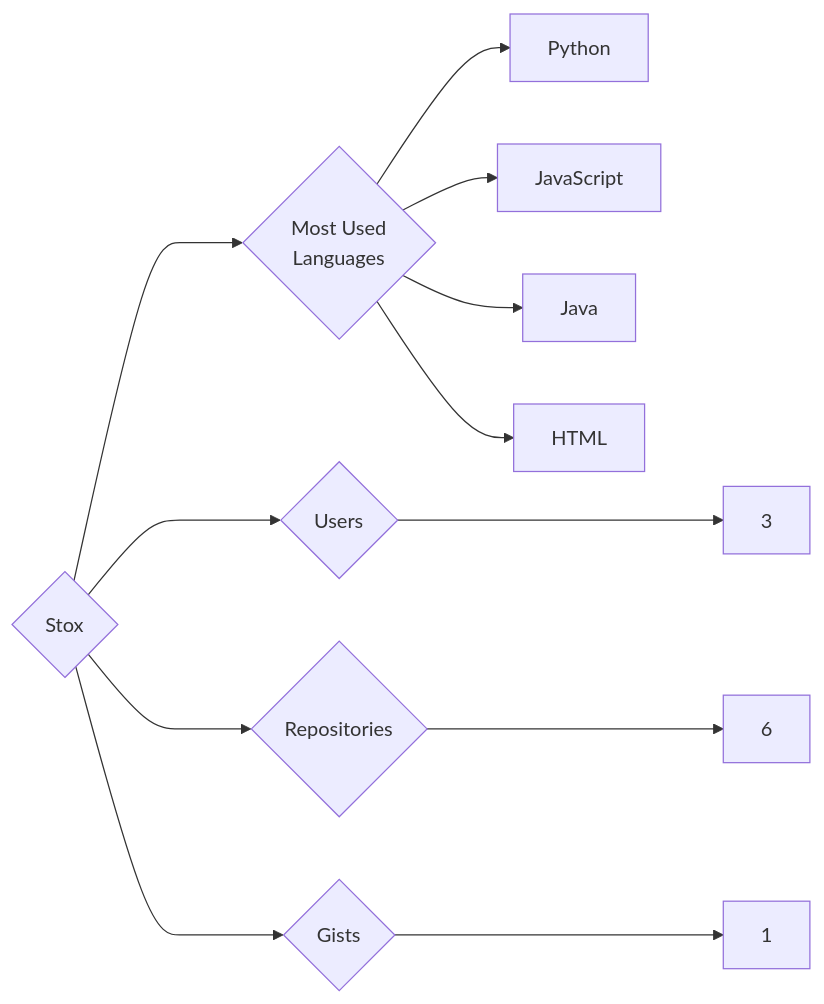
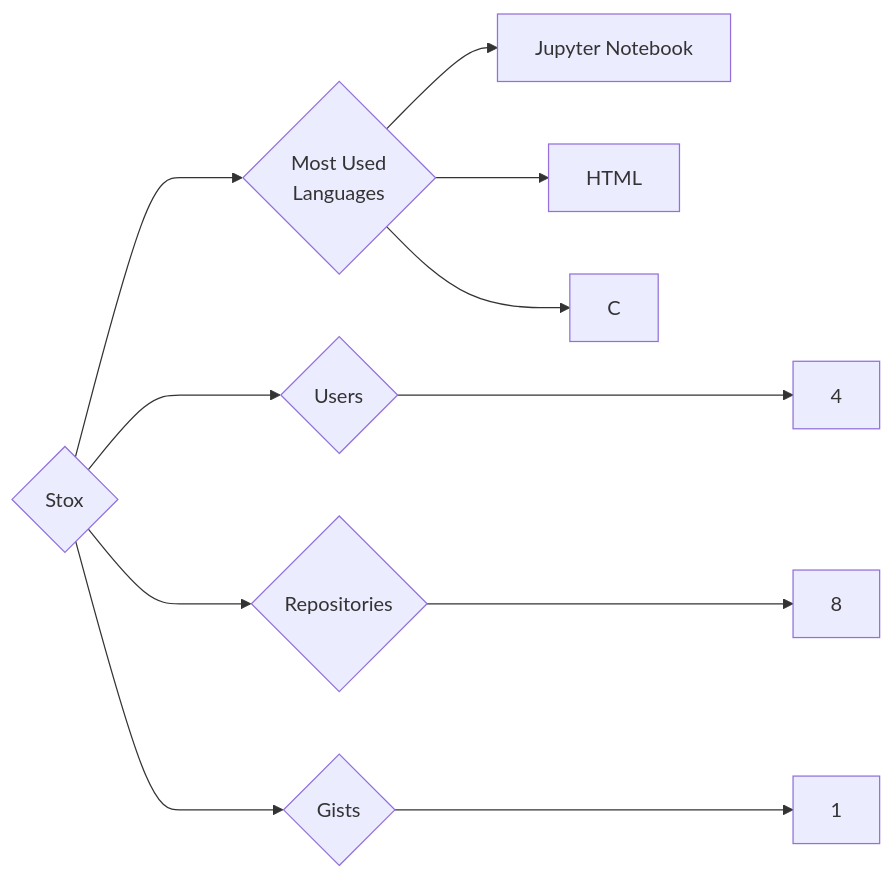
One commit to trickest/insiders changed the diagram in targets/Stox/README.md. Above: the diagram before and after it, drawn with Mermaid. The commit also changed 835 other files, not shown here.

````diff
--- a/targets/Stox/README.md
+++ b/targets/Stox/README.md
@@ -3,12 +3,11 @@
 ```mermaid
 graph LR
 COMPANY_NAME{Stox}
-COMPANY_NAME ---> U{Users} ---> UN[3]
-COMPANY_NAME ---> R{Repositories} ---> RN[6]
+COMPANY_NAME ---> U{Users} ---> UN[4]
+COMPANY_NAME ---> R{Repositories} ---> RN[8]
 COMPANY_NAME ---> G{Gists} ---> GN[1]
 COMPANY_NAME ---> ML{Most Used<br>Languages}
-ML --> Python[Python]
-ML --> JavaScript[JavaScript]
-ML --> Java[Java]
+ML --> Jupyter_Notebook[Jupyter Notebook]
 ML --> HTML[HTML]
+ML --> C[C]
 ```
````
